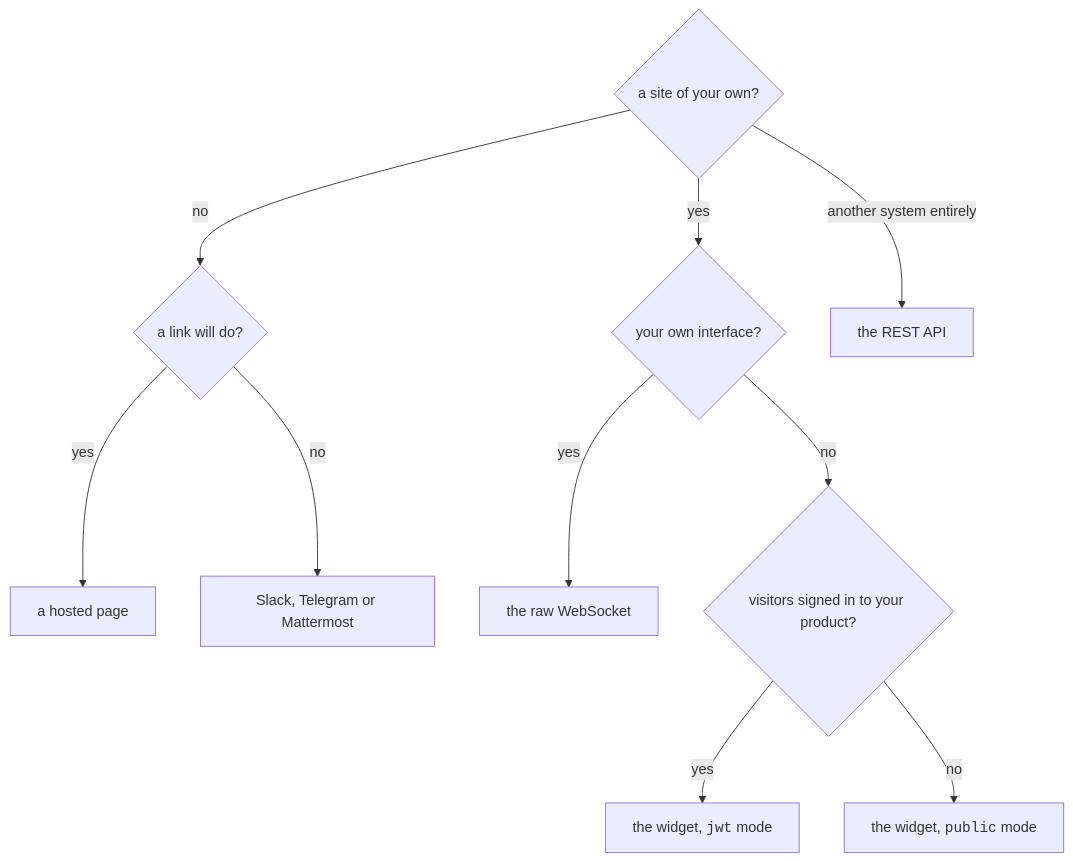
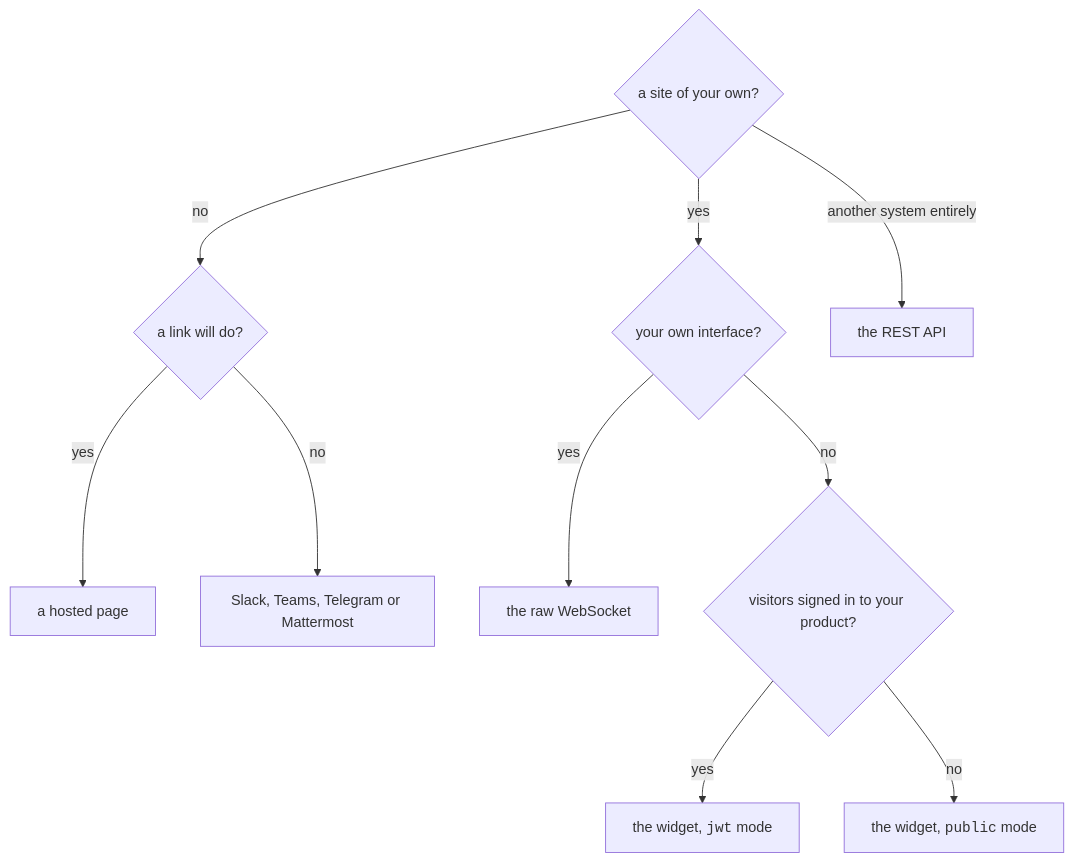
One commit to Creo-Digital-AS/agenticos changed the second of 2 diagrams in docs/channels.de.md. Above: the diagram before and after it, drawn with Mermaid. The commit also changed other lines of this file and 506 other files, not shown here.

First line of the commit message:
feat(agents): guiding default agents - AgenticOS, Architect, next steps, profile (#2324)

````diff
--- a/docs/channels.de.md
+++ b/docs/channels.de.md
@@ -2741,12 +2827,12 @@
 ```mermaid
 flowchart TD
     A{a site of your own?} -->|no| L{a link will do?}
     L -->|yes| H[a hosted page]
-    L -->|no| T[Slack, Telegram or Mattermost]
+    L -->|no| T[Slack, Teams, Telegram or Mattermost]
     A -->|yes| U{your own interface?}
     U -->|yes| WS[the raw WebSocket]
     U -->|no| P{visitors signed in to your product?}
     P -->|yes| J["the widget, <code>jwt</code> mode"]
     P -->|no| PB["the widget, <code>public</code> mode"]
     A -->|another system entirely| API["the REST API"]
 ```
````
